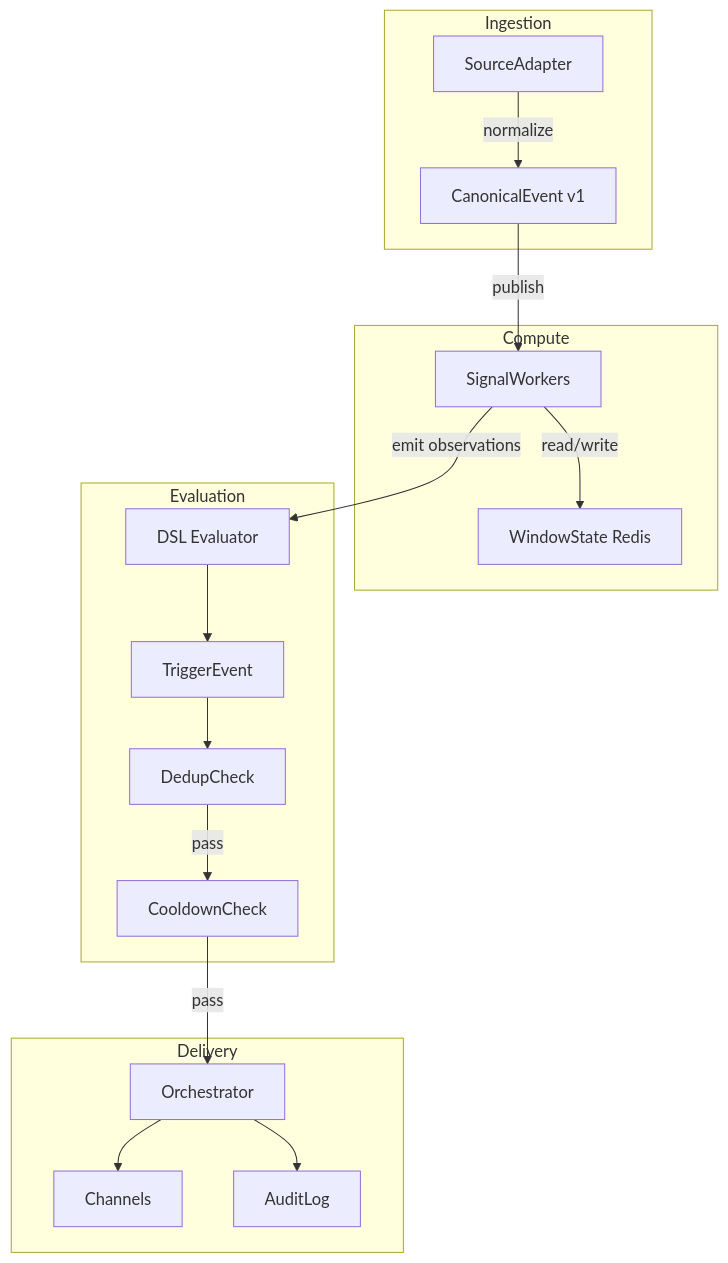
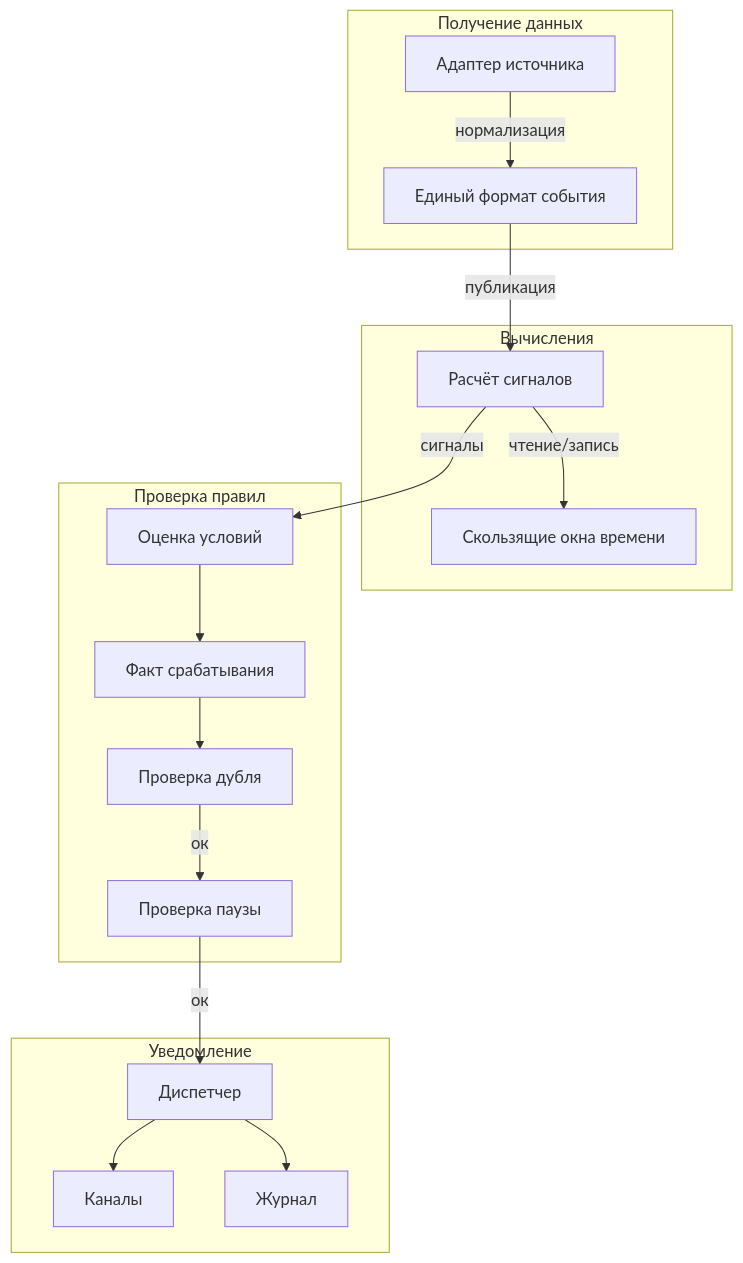
One commit to MarchenkoRuslan/alarm_system changed the second of 7 diagrams in docs/architecture/architecture-deck.md. Above: the diagram before and after it, drawn with Mermaid. The commit also changed other lines of this file, not shown here.

Commit message:
Translate architecture documentation to Russian and update terminology for clarity and consistency.

````diff
--- a/docs/architecture/architecture-deck.md
+++ b/docs/architecture/architecture-deck.md
@@ -78,36 +79,36 @@
 ```mermaid
 flowchart TB
-  subgraph ingest [Ingestion]
-    Adapter[SourceAdapter]
-    Canon[CanonicalEvent v1]
+  subgraph ingest [Получение данных]
+    Adapter[Адаптер источника]
+    Canon[Единый формат события]
   end
 
-  subgraph compute [Compute]
-    Window[WindowState Redis]
-    Signals[SignalWorkers]
+  subgraph compute [Вычисления]
+    Window[Скользящие окна времени]
+    Signals[Расчёт сигналов]
   end
 
-  subgraph rules [Evaluation]
-    DSL[DSL Evaluator]
-    Trigger[TriggerEvent]
-    Dedup[DedupCheck]
-    Cool[CooldownCheck]
+  subgraph rules [Проверка правил]
+    DSL[Оценка условий]
+    Trigger[Факт срабатывания]
+    Dedup[Проверка дубля]
+    Cool[Проверка паузы]
   end
 
-  subgraph deliver [Delivery]
-    Orch[Orchestrator]
-    Chan[Channels]
-    Audit[AuditLog]
+  subgraph deliver [Уведомление]
+    Orch[Диспетчер]
+    Chan[Каналы]
+    Audit[Журнал]
   end
 
-  Adapter -->|"normalize"| Canon
-  Canon -->|"publish"| Signals
-  Signals -->|"read/write"| Window
-  Signals -->|"emit observations"| DSL
+  Adapter -->|"нормализация"| Canon
+  Canon -->|"публикация"| Signals
+  Signals -->|"чтение/запись"| Window
+  Signals -->|"сигналы"| DSL
   DSL --> Trigger
   Trigger --> Dedup
-  Dedup -->|"pass"| Cool
-  Cool -->|"pass"| Orch
+  Dedup -->|"ок"| Cool
+  Cool -->|"ок"| Orch
   Orch --> Chan
   Orch --> Audit
 ```
````
